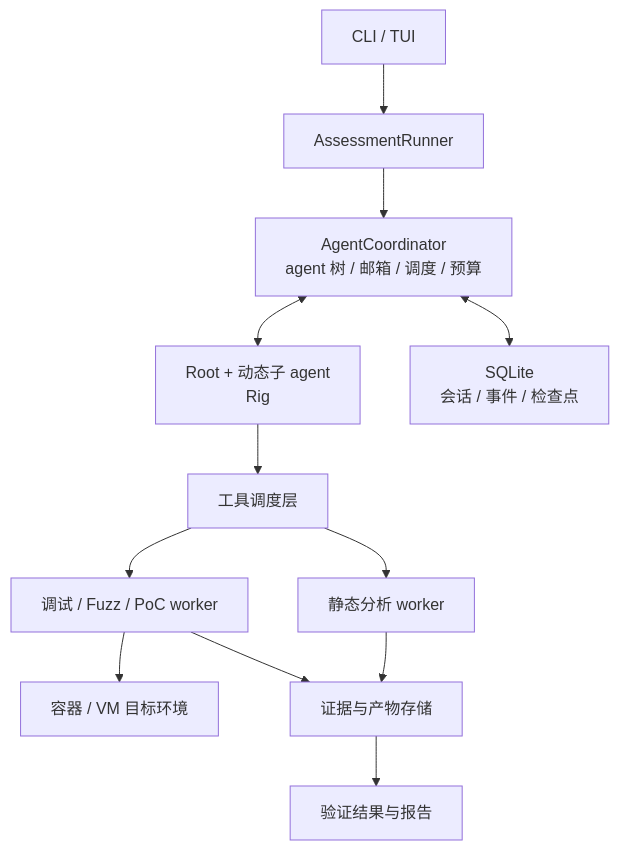
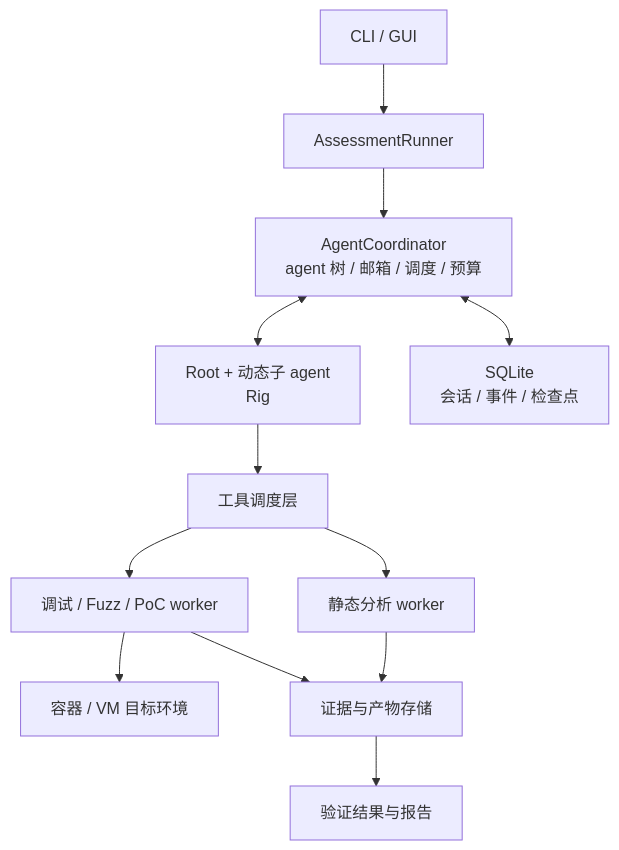
Before and after one commit to mark0-cn/Wukong: the diagram in docs/strix-rig-binary-agent-plan.md, drawn with Mermaid. The commit also changed other lines of this file and 21 other files, not shown here.

````diff
--- a/docs/strix-rig-binary-agent-plan.md
+++ b/docs/strix-rig-binary-agent-plan.md
@@ -52,14 +52,14 @@
 ```mermaid
 flowchart TB
-    UI["CLI / TUI"] --> Runner["AssessmentRunner"]
+    UI["CLI / GUI"] --> Runner["AssessmentRunner"]
     Runner --> Coordinator["AgentCoordinator<br/>agent 树 / 邮箱 / 调度 / 预算"]
     Coordinator <--> Agents["Root + 动态子 agent<br/>Rig"]
     Agents --> Tools["工具调度层"]
     Tools --> Static["静态分析 worker"]
     Tools --> Dynamic["调试 / Fuzz / PoC worker"]
     Dynamic --> Sandbox["容器 / VM 目标环境"]
     Coordinator <--> Store["SQLite<br/>会话 / 事件 / 检查点"]
     Static --> Artifacts["证据与产物存储"]
     Dynamic --> Artifacts
     Artifacts --> Report["验证结果与报告"]
 ```
````
